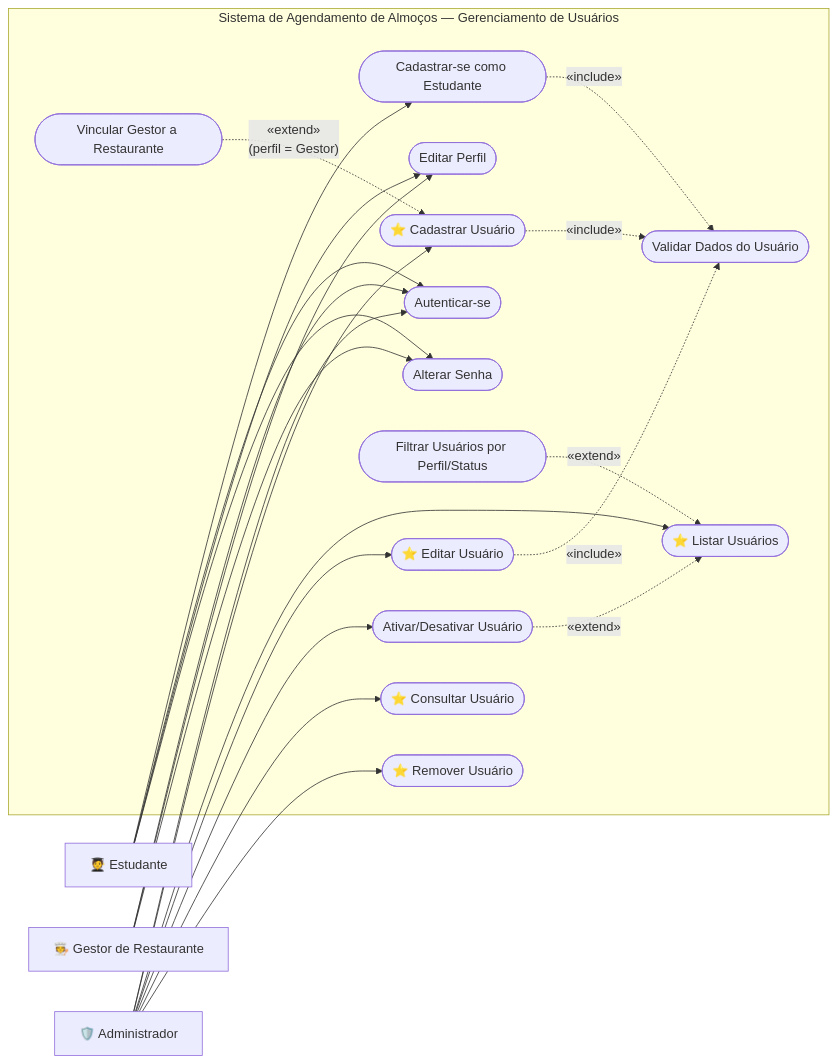
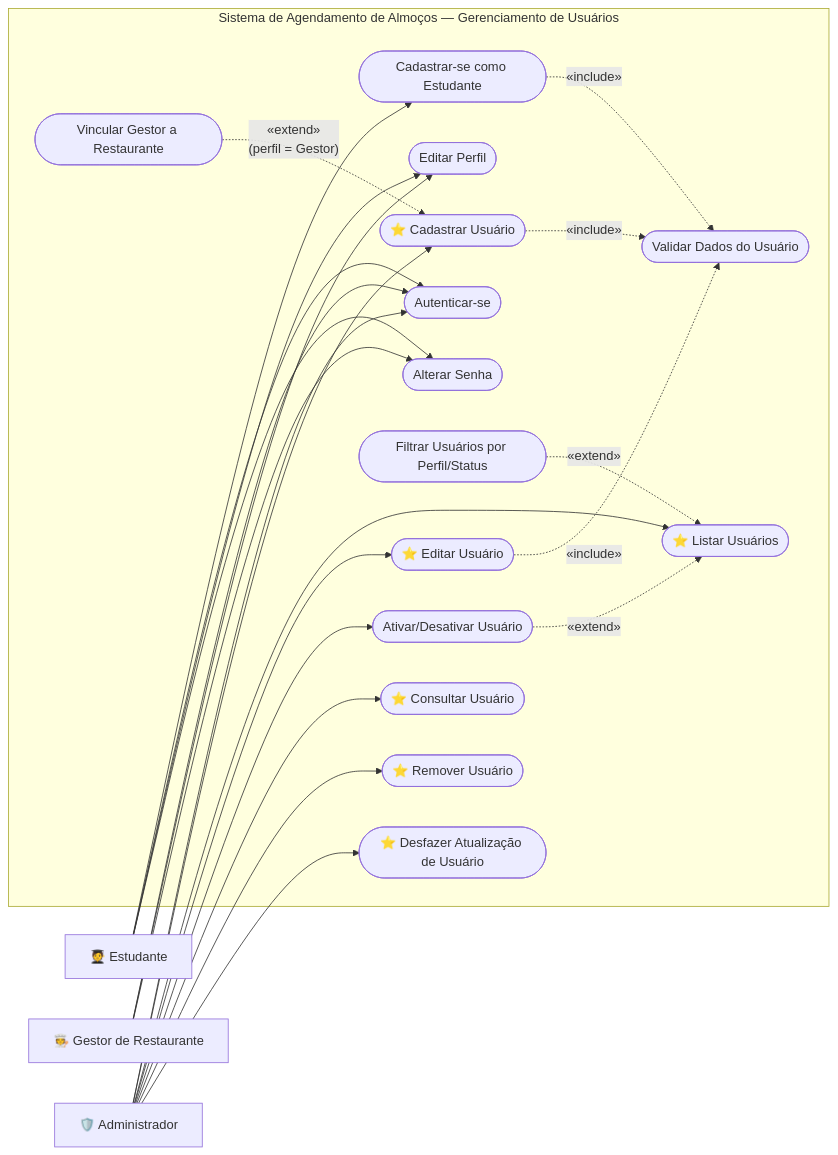
One commit to henriquesantos007/Sistema-de-Agendamento-de-Almoco changed the first of 4 diagrams in docs/04-casos-de-uso/README.md. Above: the diagram before and after it, drawn with Mermaid. The commit also changed other lines of this file and 1 other file, not shown here.

````diff
--- a/docs/04-casos-de-uso/README.md
+++ b/docs/04-casos-de-uso/README.md
@@ -35,47 +36,49 @@
 ```mermaid
 %%{init: {"flowchart": {"useMaxWidth": false}, "class": {"useMaxWidth": false}, "sequence": {"useMaxWidth": false}, "state": {"useMaxWidth": false}}}%%
 flowchart LR
     estudante["🧑‍🎓 Estudante"]
     gestor["🧑‍🍳 Gestor de Restaurante"]
     admin["🛡️ Administrador"]
 
     subgraph sistema["Sistema de Agendamento de Almoços — Gerenciamento de Usuários"]
         UC01(["Cadastrar-se como Estudante"])
         UC02(["Autenticar-se"])
         UC03(["Editar Perfil"])
         UC04(["Alterar Senha"])
         UC05(["⭐ Cadastrar Usuário"])
         UC06(["⭐ Listar Usuários"])
         UC07(["Filtrar Usuários por Perfil/Status"])
         UC08(["⭐ Editar Usuário"])
         UC09(["Ativar/Desativar Usuário"])
         UC10(["Validar Dados do Usuário"])
         UC11(["Vincular Gestor a Restaurante"])
         UC20(["⭐ Consultar Usuário"])
         UC21(["⭐ Remover Usuário"])
+        UC23(["⭐ Desfazer Atualização de Usuário"])
     end
 
     estudante --> UC01
     estudante --> UC02
     estudante --> UC03
     estudante --> UC04
 
     gestor --> UC02
     gestor --> UC03
     gestor --> UC04
 
     admin --> UC02
     admin --> UC05
     admin --> UC06
     admin --> UC08
     admin --> UC09
     admin --> UC20
     admin --> UC21
+    admin --> UC23
 
     UC01 -. "«include»" .-> UC10
     UC05 -. "«include»" .-> UC10
     UC08 -. "«include»" .-> UC10
     UC11 -. "«extend»<br/>(perfil = Gestor)" .-> UC05
     UC07 -. "«extend»" .-> UC06
     UC09 -. "«extend»" .-> UC06
 ```
````
